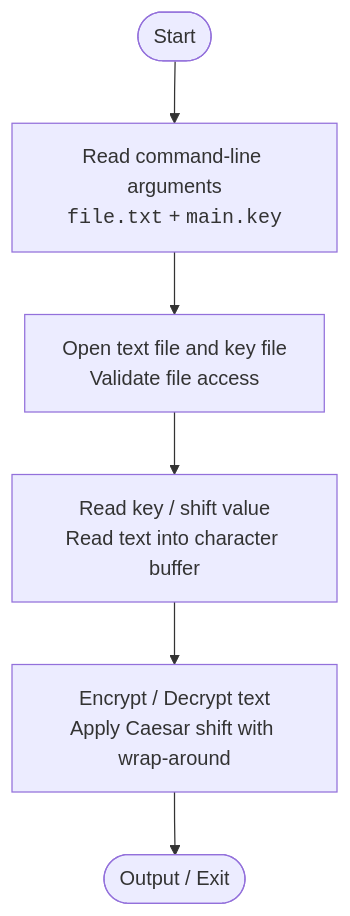
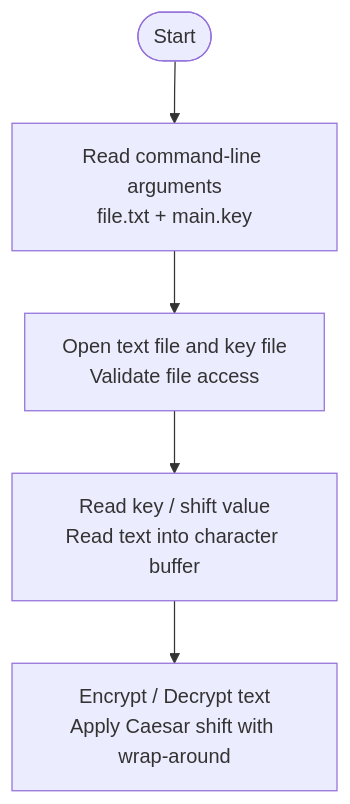
Before and after one commit to Chetan-boi/CeaserCLI: the diagram in README.md, drawn with Mermaid. The commit also changed other lines of this file, not shown here.

````diff
--- a/README.md
+++ b/README.md
@@ -94,8 +75,7 @@
 ```mermaid
 flowchart TD
-    Start([Start]) --> ReadArgs["Read command-line arguments<br/><code>file.txt</code> + <code>main.key</code>"]
-    ReadArgs --> OpenFiles["Open text file and key file<br/>Validate file access"]
-    OpenFiles --> ReadData["Read key / shift value<br/>Read text into character buffer"]
-    ReadData --> ProcessCipher["Encrypt / Decrypt text<br/>Apply Caesar shift with wrap-around"]
-    ProcessCipher --> EndNode([Output / Exit])
+    A([Start]) --> B[Read command-line arguments<br>file.txt + main.key]
+    B --> C[Open text file and key file<br>Validate file access]
+    C --> D[Read key / shift value<br>Read text into character buffer]
+    D --> E[Encrypt / Decrypt text<br>Apply Caesar shift with wrap-around]
 ```
````
